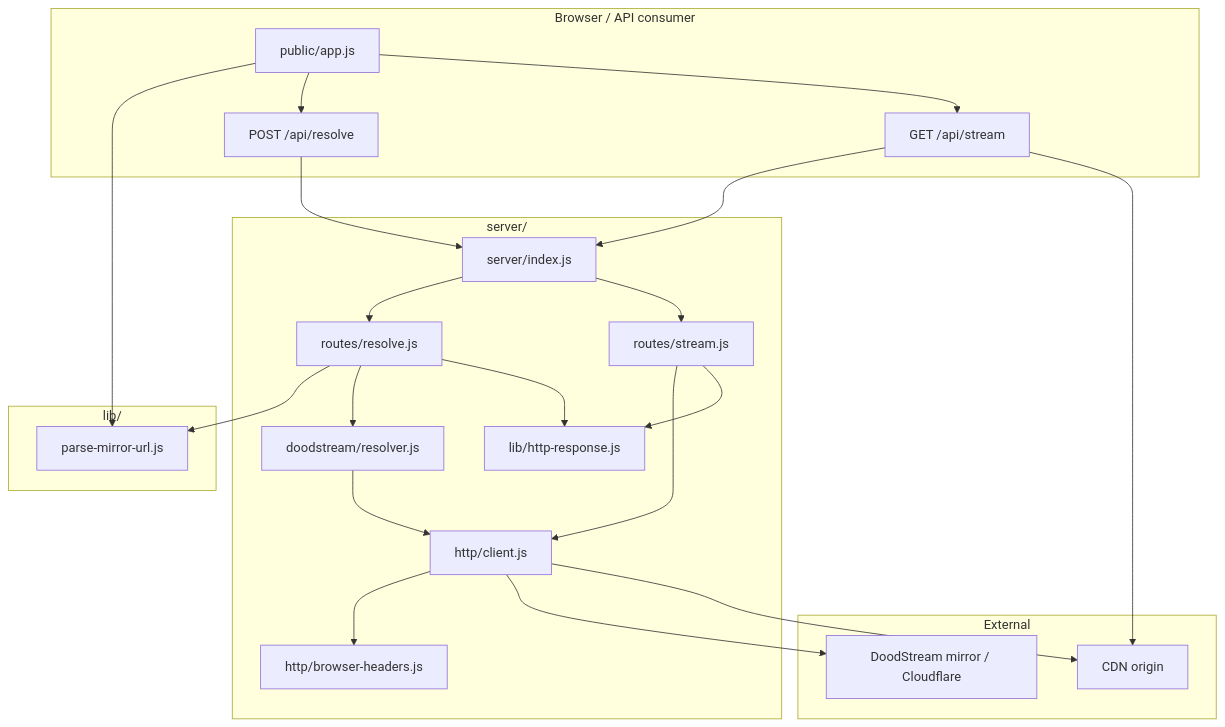
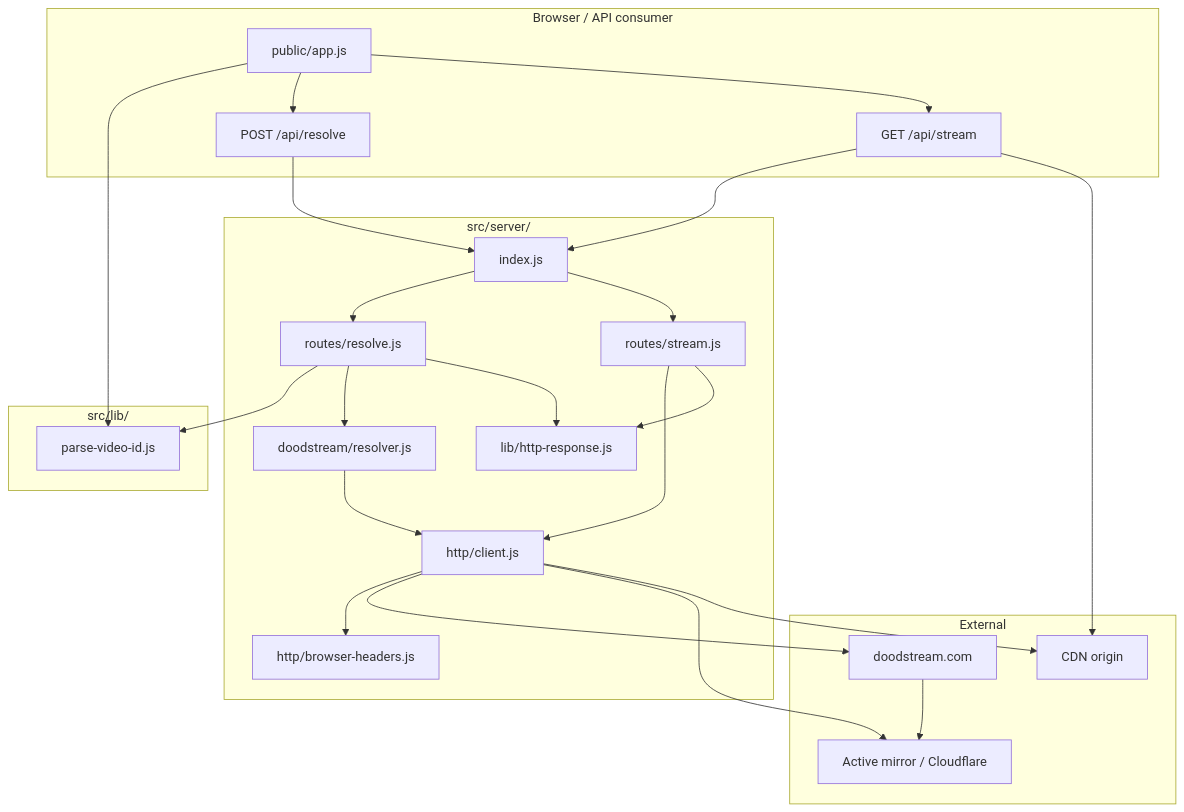
One commit to sharoon7171/doodstream-direct-resolver changed the first of 2 diagrams in README.md. Above: the diagram before and after it, drawn with Mermaid. The commit also changed other lines of this file and 15 other files, not shown here.

Commit message:
move server into src, resolve video IDs via doodstream bootstrap, add live timers, and update README

````diff
--- a/README.md
+++ b/README.md
@@ -23,45 +23,48 @@
 ```mermaid
 flowchart TB
   subgraph client [Browser / API consumer]
     UI[public/app.js]
     API[POST /api/resolve]
     Proxy[GET /api/stream]
   end
 
-  subgraph server [server/]
-    Index[server/index.js]
+  subgraph server [src/server/]
+    Index[index.js]
     ResolveRoute[routes/resolve.js]
     StreamRoute[routes/stream.js]
     Resolver[doodstream/resolver.js]
     HttpClient[http/client.js]
     Headers[http/browser-headers.js]
     HttpResp[lib/http-response.js]
   end
 
-  subgraph shared [lib/]
-    ParseUrl[parse-mirror-url.js]
+  subgraph shared [src/lib/]
+    ParseId[parse-video-id.js]
   end
 
   subgraph external [External]
-    Mirror[DoodStream mirror / Cloudflare]
+    Bootstrap[doodstream.com]
+    Mirror[Active mirror / Cloudflare]
     CDN[CDN origin]
   end
 
-  UI --> ParseUrl
+  UI --> ParseId
   UI --> API
   UI --> Proxy
   API --> Index
   Proxy --> Index
   Index --> ResolveRoute
   Index --> StreamRoute
-  ResolveRoute --> ParseUrl
+  ResolveRoute --> ParseId
   ResolveRoute --> Resolver
   StreamRoute --> HttpClient
   Resolver --> HttpClient
   HttpClient --> Headers
   ResolveRoute --> HttpResp
   StreamRoute --> HttpResp
+  HttpClient --> Bootstrap
+  Bootstrap --> Mirror
   HttpClient --> Mirror
   HttpClient --> CDN
   Proxy --> CDN
 ```
````
